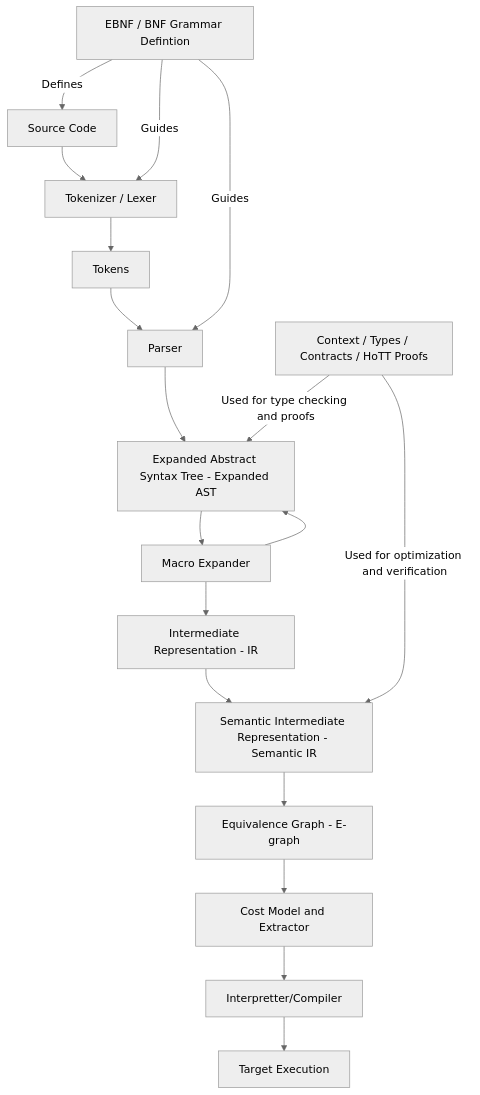
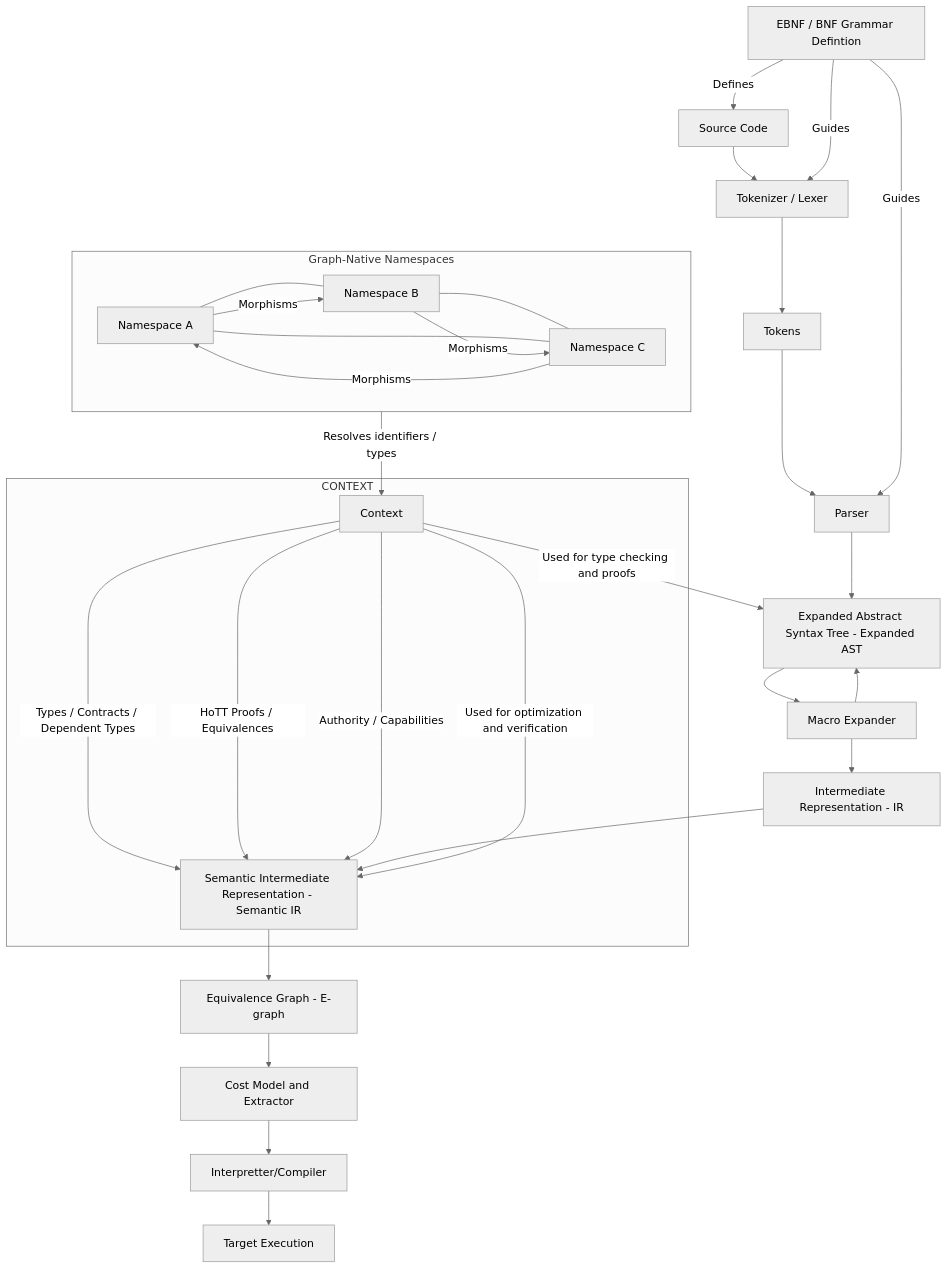
One commit to tbrumbaugh5396/my-amazing-programming-language changed the diagram in compiler.md. Above: the diagram before and after it, drawn with Mermaid (neutral theme).

````diff
--- a/compiler.md
+++ b/compiler.md
@@ -1,23 +1,51 @@
 ```mermaid
 
 graph TD
     A[Source Code] --> B[Tokenizer / Lexer]
     B --> C[Tokens]
     C --> D[Parser]
     D --> E[Expanded Abstract Syntax Tree - Expanded AST]
     E --> F[Macro Expander]
     F --> E
     G[EBNF / BNF Grammar Defintion] --> | Defines| A
     G --> | Guides | B
     G --> | Guides | D
-    H[Context / Types / Contracts / HoTT Proofs] 
+
+    subgraph NAMESPACE_GRAPH["Graph-Native Namespaces"]
+        N1[Namespace A]
+        N2[Namespace B]
+        N3[Namespace C]
+        N1 --- N2
+        N2 --- N3
+        N1 --- N3
+    end
+
+    %% Context morphisms
+    N1 --> |Morphisms| N2
+    N2 --> |Morphisms| N3
+    N3 --> |Morphisms| N1
+    NAMESPACE_GRAPH --> |Resolves identifiers / types| H
+    
+    %% --- CONTEXT & NAMESPACES ---
+    subgraph CONTEXT
+        H[Context]
+        H --> |Types / Contracts / Dependent Types| K
+        H --> |HoTT Proofs / Equivalences| K
+        H --> |Authority / Capabilities| K
+    end
+    
     H --> | Used for type checking and proofs | E
     F --> J[Intermediate Representation - IR]
     J --> K[Semantic Intermediate Representation - Semantic IR]
     H --> | Used for optimization and verification | K
     K --> L[Equivalence Graph - E-graph]
     L --> M[Cost Model and Extractor]
     M --> I[Interpretter/Compiler]
     I --> N[Target Execution]
 
+    
+
+    
+
+
 ```
````
